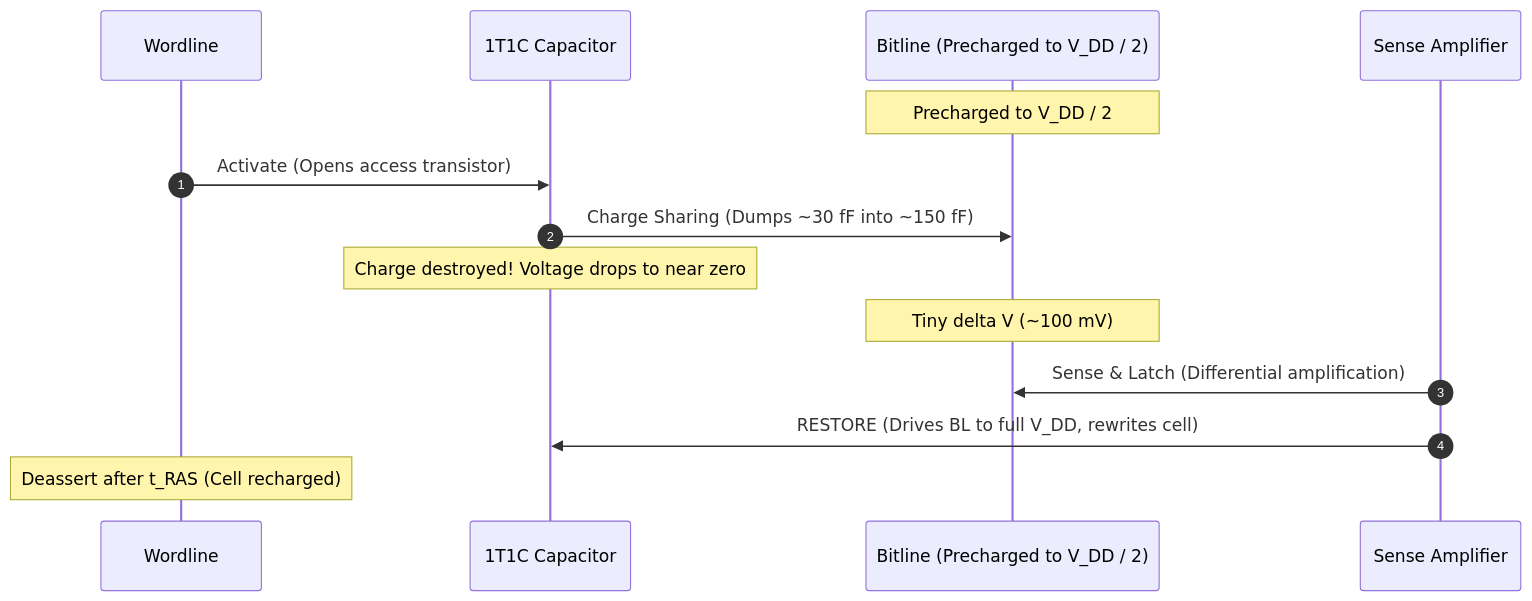
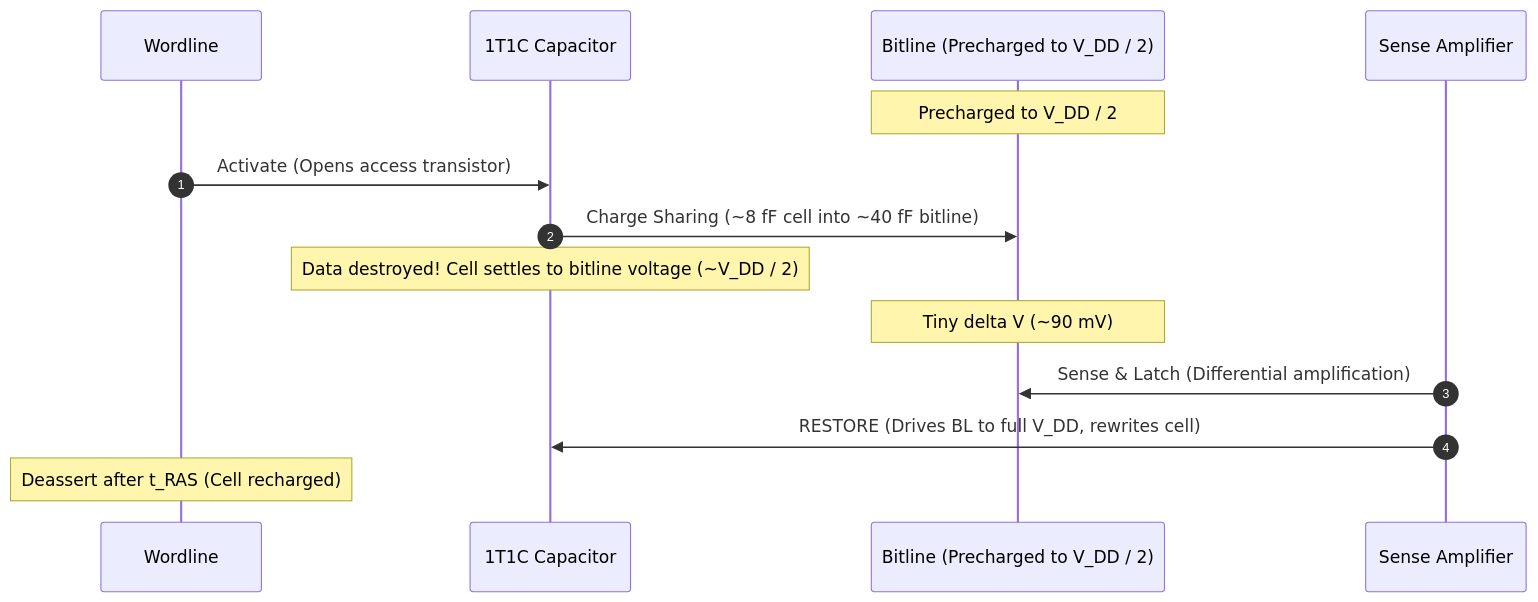
One commit to hiraditya/hiraditya.github.io changed the third of 7 diagrams in _posts/2026-10-08-there-is-no-such-thing-as-a-passive-read.md. Above: the diagram before and after it, drawn with Mermaid. The commit also changed other lines of this file, not shown here.

````diff
--- a/_posts/2026-10-08-there-is-no-such-thing-as-a-passive-read.md
+++ b/_posts/2026-10-08-there-is-no-such-thing-as-a-passive-read.md
@@ -174,17 +182,17 @@
 ```mermaid
 sequenceDiagram
   autonumber
   participant WL as Wordline
   participant Cell as 1T1C Capacitor
   participant BL as Bitline (Precharged to V_DD / 2)
   participant SA as Sense Amplifier
 
   Note over BL: Precharged to V_DD / 2
   WL->>Cell: Activate (Opens access transistor)
-  Cell->>BL: Charge Sharing (Dumps ~30 fF into ~150 fF)
-  Note over Cell: Charge destroyed! Voltage drops to near zero
-  Note over BL: Tiny delta V (~100 mV)
+  Cell->>BL: Charge Sharing (~8 fF cell into ~40 fF bitline)
+  Note over Cell: Data destroyed! Cell settles to bitline voltage (~V_DD / 2)
+  Note over BL: Tiny delta V (~90 mV)
   SA->>BL: Sense & Latch (Differential amplification)
   SA->>Cell: RESTORE (Drives BL to full V_DD, rewrites cell)
   Note over WL: Deassert after t_RAS (Cell recharged)
 ```
````
